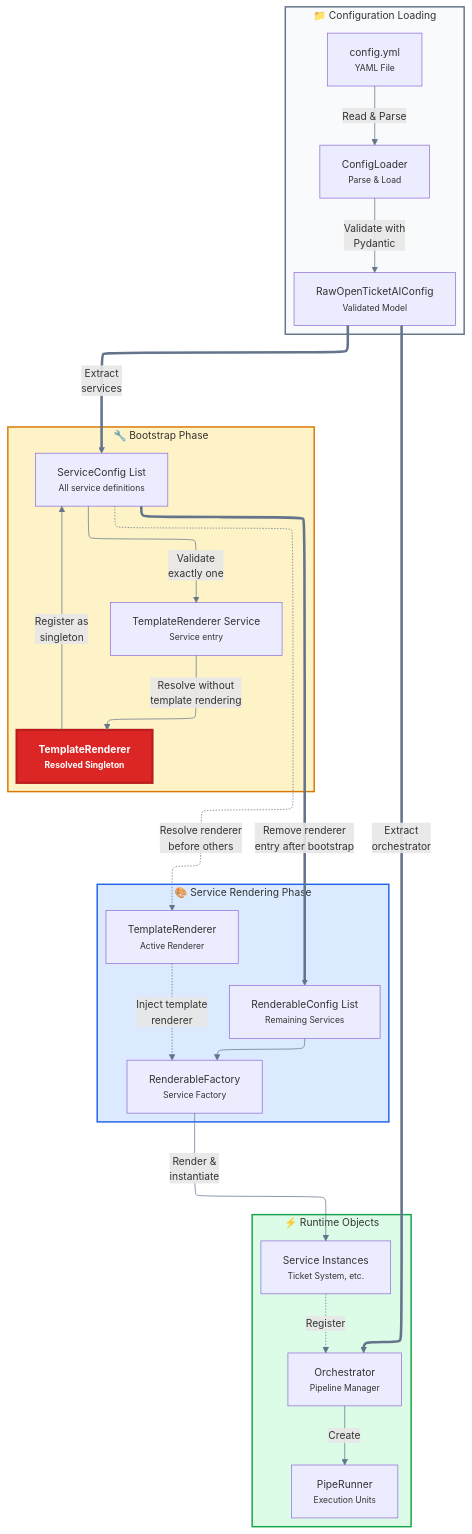
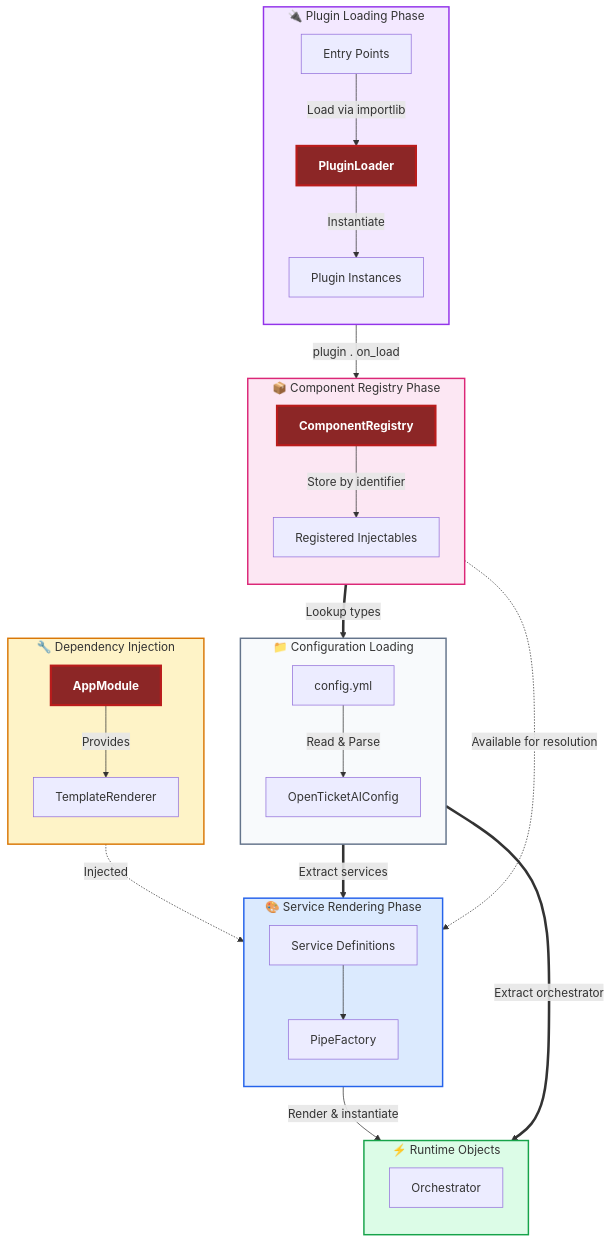
Before and after one commit to Softoft-Orga/open-ticket-ai: the diagram in docs/docs_src/en/concepts/config_rendering.md, drawn with Mermaid. The commit also changed other lines of this file and 5 other files, not shown here.

Commit message:
fix: update font size in configuration and improve diagram rendering in documentation

````diff
--- a/docs/docs_src/en/concepts/config_rendering.md
+++ b/docs/docs_src/en/concepts/config_rendering.md
@@ -37,71 +37,76 @@
 ```mermaid
 %%{init:{
   "flowchart":{
     "defaultRenderer":"elk",
     "htmlLabels":true,
     "curve":"basis"
   },
-  "themeVariables":{
-    "fontSize":"14px",
-    "fontFamily":"system-ui, -apple-system, sans-serif",
-    "primaryColor":"#3b82f6",
-    "primaryTextColor":"#fff",
-    "lineColor":"#64748b"
-  }
 }}%%
 flowchart TB
+%% ===================== PLUGIN LOADING =====================
+    subgraph PLUGIN["🔌 Plugin Loading Phase"]
+        direction TB
+        EntryPoints["Entry Points"]
+        PluginLoader["PluginLoader"]:::critical
+        Plugins["Plugin Instances"]
+        EntryPoints -->|Load via importlib| PluginLoader
+        PluginLoader -->|Instantiate| Plugins
+    end
+
+%% ===================== COMPONENT REGISTRY =====================
+    subgraph REGISTRY["📦 Component Registry Phase"]
+        direction TB
+        ComponentRegistry["ComponentRegistry"]:::critical
+        Injectables["Registered Injectables"]
+        Plugins -->|plugin . on_load| ComponentRegistry
+        ComponentRegistry -->|Store by identifier| Injectables
+    end
+
 %% ===================== CONFIGURATION LOADING =====================
     subgraph LOAD["📁 Configuration Loading"]
         direction TB
-        YAML["config.yml<br/><small>YAML File</small>"]
-        Loader["ConfigLoader<br/><small>Parse & Load</small>"]
-        RawConfig["RawOpenTicketAIConfig<br/><small>Validated Model</small>"]
-        YAML -->|Read & Parse| Loader
-        Loader -->|Validate with<br/>Pydantic| RawConfig
+        YAML["config.yml"]
+        RawConfig["OpenTicketAIConfig"]
+        YAML -->|Read & Parse| RawConfig
     end
 
-%% ===================== BOOTSTRAP PHASE =====================
-    subgraph BOOT["🔧 Bootstrap Phase"]
+%% ===================== DEPENDENCY INJECTION =====================
+    subgraph DI["🔧 Dependency Injection"]
         direction TB
-        ServiceDefs["ServiceConfig List<br/><small>All service definitions</small>"]
-        RendererDef["TemplateRenderer Service<br/><small>Service entry</small>"]
-        BootstrapRenderer["TemplateRenderer<br/><small>Resolved Singleton</small>"]:::critical
-        ServiceDefs -->|Validate<br/>exactly one| RendererDef
-        RendererDef -->|Resolve without<br/>template rendering| BootstrapRenderer
-        BootstrapRenderer -->|Register as<br/>singleton| ServiceDefs
+        AppModule["AppModule"]:::critical
+        TemplateRenderer["TemplateRenderer"]
+        AppModule -->|Provides| TemplateRenderer
     end
 
 %% ===================== SERVICE RENDERING PHASE =====================
     subgraph RENDER["🎨 Service Rendering Phase"]
         direction TB
-        Renderer["TemplateRenderer<br/><small>Active Renderer</small>"]
-        Factory["RenderableFactory<br/><small>Service Factory</small>"]
-        ServiceConfigs["RenderableConfig List<br/><small>Remaining Services</small>"]
-        ServiceDefs -.->|Resolve renderer<br/>before others| Renderer
-        ServiceConfigs --> Factory
-        Renderer -.->|Inject template<br/>renderer| Factory
+        Factory["PipeFactory"]
+        ServiceDefs["Service Definitions"]
+        TemplateRenderer -.->|Injected| Factory
+        ServiceDefs --> Factory
     end
 
 %% ===================== RUNTIME OBJECTS =====================
     subgraph RUNTIME["⚡ Runtime Objects"]
         direction TB
-        Services["Service Instances<br/><small>Ticket System, etc.</small>"]
-        Orchestrator["Orchestrator<br/><small>Pipeline Manager</small>"]
-        Runners["PipeRunner<br/><small>Execution Units</small>"]
-        Factory -->|Render &<br/>instantiate| Services
-        Services -.->|Register| Orchestrator
-        Orchestrator -->|Create| Runners
+        Orchestrator["Orchestrator"]
+        Factory -->|Render & instantiate| Orchestrator
     end
 
 %% ===================== MAIN FLOW =====================
-    RawConfig ==>|Extract<br/>services| ServiceDefs
-    ServiceDefs ==>|Remove renderer<br/>entry after bootstrap| ServiceConfigs
-    RawConfig ==>|Extract<br/>orchestrator| Orchestrator
+    ComponentRegistry ==>|Lookup types| RawConfig
+    Injectables -.->|Available for resolution| ServiceDefs
+    RawConfig ==>|Extract services| ServiceDefs
+    RawConfig ==>|Extract orchestrator| Orchestrator
 %% ===================== STYLES =====================
-    classDef critical fill: #dc2626, stroke: #b91c1c, stroke-width: 3px, color: #fff, font-weight: bold
+    classDef critical fill: #8c2626, stroke: #b91c1c, stroke-width: 3px, color: #fff, font-weight: bold
 %% ===================== SUBGRAPH STYLES =====================
+    style PLUGIN fill: #f3e8ff, stroke: #9333ea, stroke-width: 2px
+    style REGISTRY fill: #fce7f3, stroke: #db2777, stroke-width: 2px
     style LOAD fill: #f8fafc, stroke: #64748b, stroke-width: 2px
-    style BOOT fill: #fef3c7, stroke: #d97706, stroke-width: 2px
+    style DI fill: #fef3c7, stroke: #d97706, stroke-width: 2px
     style RENDER fill: #dbeafe, stroke: #2563eb, stroke-width: 2px
     style RUNTIME fill: #dcfce7, stroke: #16a34a, stroke-width: 2px
+
 ```
````
